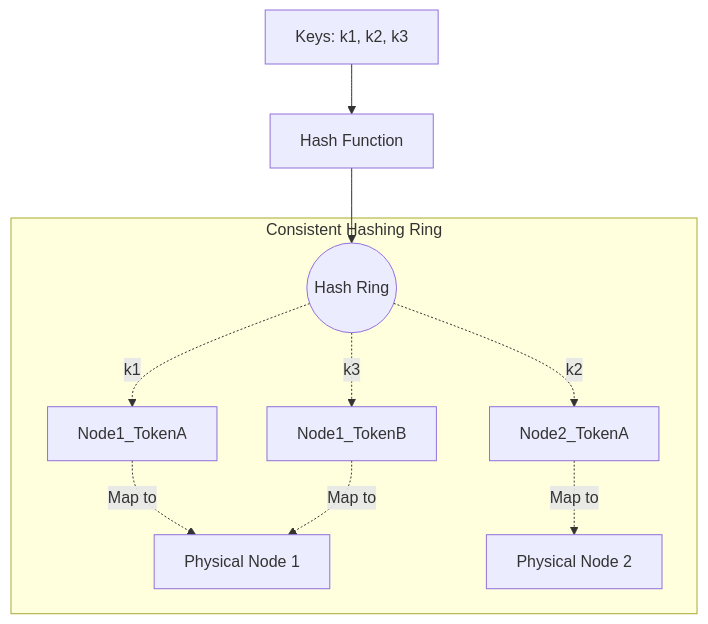
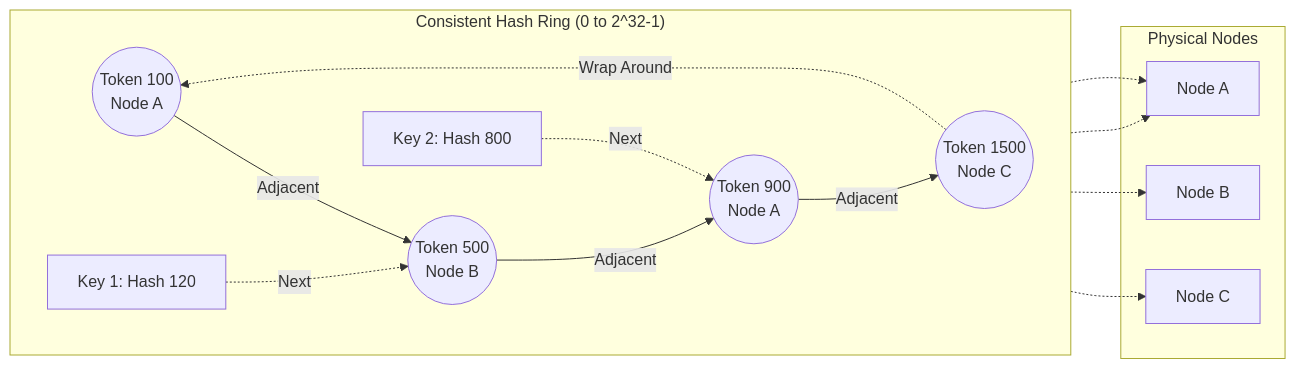
One commit to ichbingautam/distributed-cache-service changed the first of 4 diagrams in README.md. Above: the diagram before and after it, drawn with Mermaid. The commit also changed other lines of this file, not shown here.

Commit message:
docs: update project structure and consistent hashing diagram

````diff
--- a/README.md
+++ b/README.md
@@ -34,15 +34,24 @@
 ```mermaid
-graph TD
-    Keys[Keys: k1, k2, k3] --> Hash[Hash Function]
-    Hash --> Ring((Hash Ring))
+graph LR
+    subgraph "Consistent Hash Ring (0 to 2^32-1)"
+        direction LR
+        T1((Token 100\nNode A)) -->|Adjacent| T2((Token 500\nNode B))
+        T2 -->|Adjacent| T3((Token 900\nNode A))
+        T3 -->|Adjacent| T4((Token 1500\nNode C))
+        T4 -.->|Wrap Around| T1
 
-    subgraph "Consistent Hashing Ring"
-        Ring -.->|k1| V1[Node1_TokenA]
-        Ring -.->|k2| V2[Node2_TokenA]
-        Ring -.->|k3| V3[Node1_TokenB]
+        Key1[Key 1: Hash 120] -.->|Next| T2
+        Key2[Key 2: Hash 800] -.->|Next| T3
+    end
 
-        V1 -.->|Map to| Node1[Physical Node 1]
-        V3 -.->|Map to| Node1
-        V2 -.->|Map to| Node2[Physical Node 2]
+    subgraph "Physical Nodes"
+        NodeA[Node A]
+        NodeB[Node B]
+        NodeC[Node C]
     end
+
+    T1 -.-> NodeA
+    T3 -.-> NodeA
+    T2 -.-> NodeB
+    T4 -.-> NodeC
 ```
````
